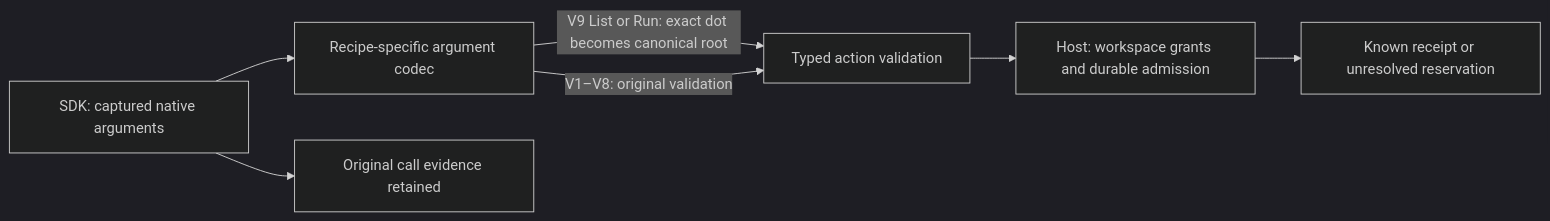
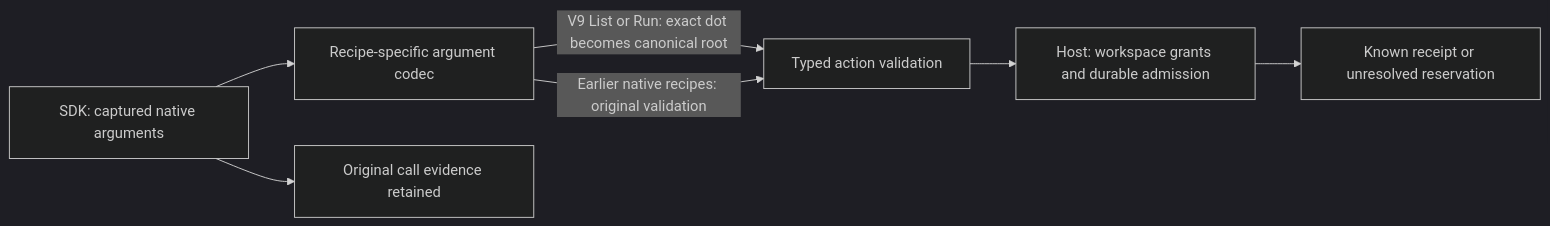
One commit to kmosoti/Metron changed the third of 3 diagrams in docs/coding.md. Above: the diagram before and after it, drawn with Mermaid (dark theme). The commit also changed 2 other files, not shown here.

Commit message:
docs(knowledge): record clarified calculator directory failure

````diff
--- a/docs/coding.md
+++ b/docs/coding.md
@@ -108,9 +108,9 @@
 ```mermaid
 flowchart LR
     SDK[SDK: captured native arguments] --> Codec[Recipe-specific argument codec]
     Codec -->|V9 List or Run: exact dot becomes canonical root| Domain[Typed action validation]
-    Codec -->|V1–V8: original validation| Domain
+    Codec -->|Earlier native recipes: original validation| Domain
     Domain --> Authority[Host: workspace grants and durable admission]
     SDK --> Evidence[Original call evidence retained]
     Authority --> Receipt[Known receipt or unresolved reservation]
 ```
````
